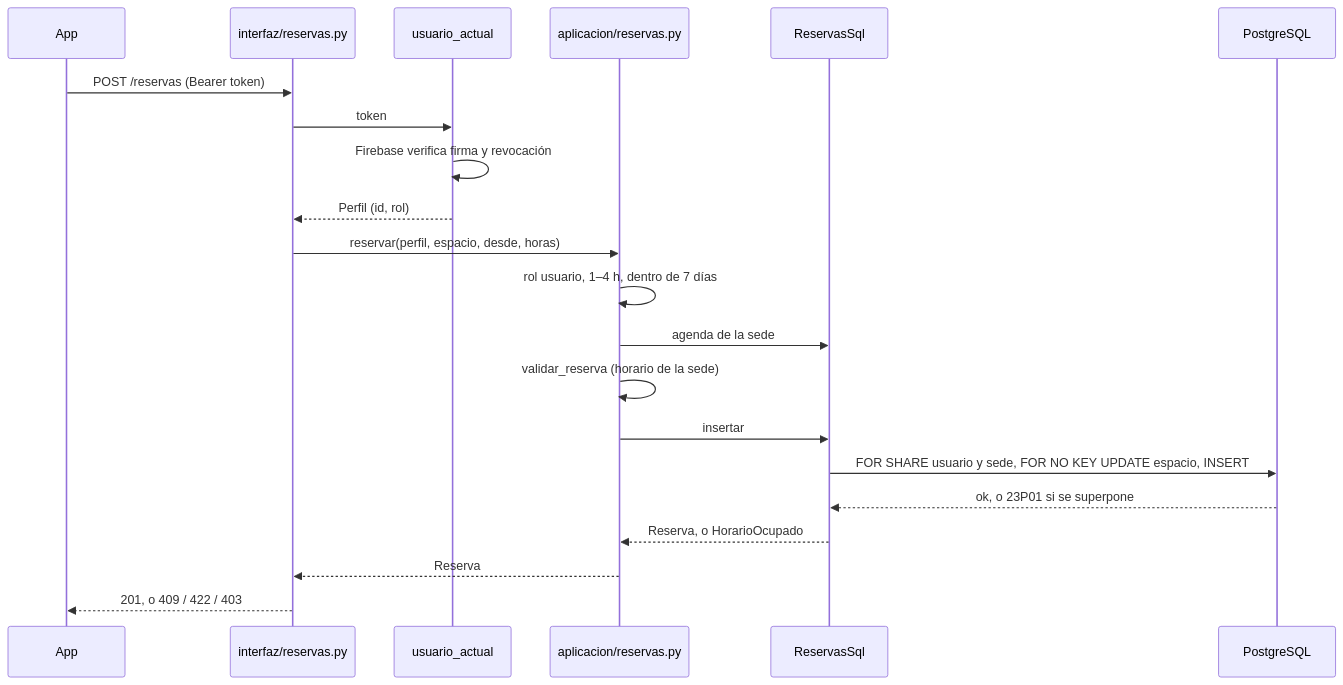
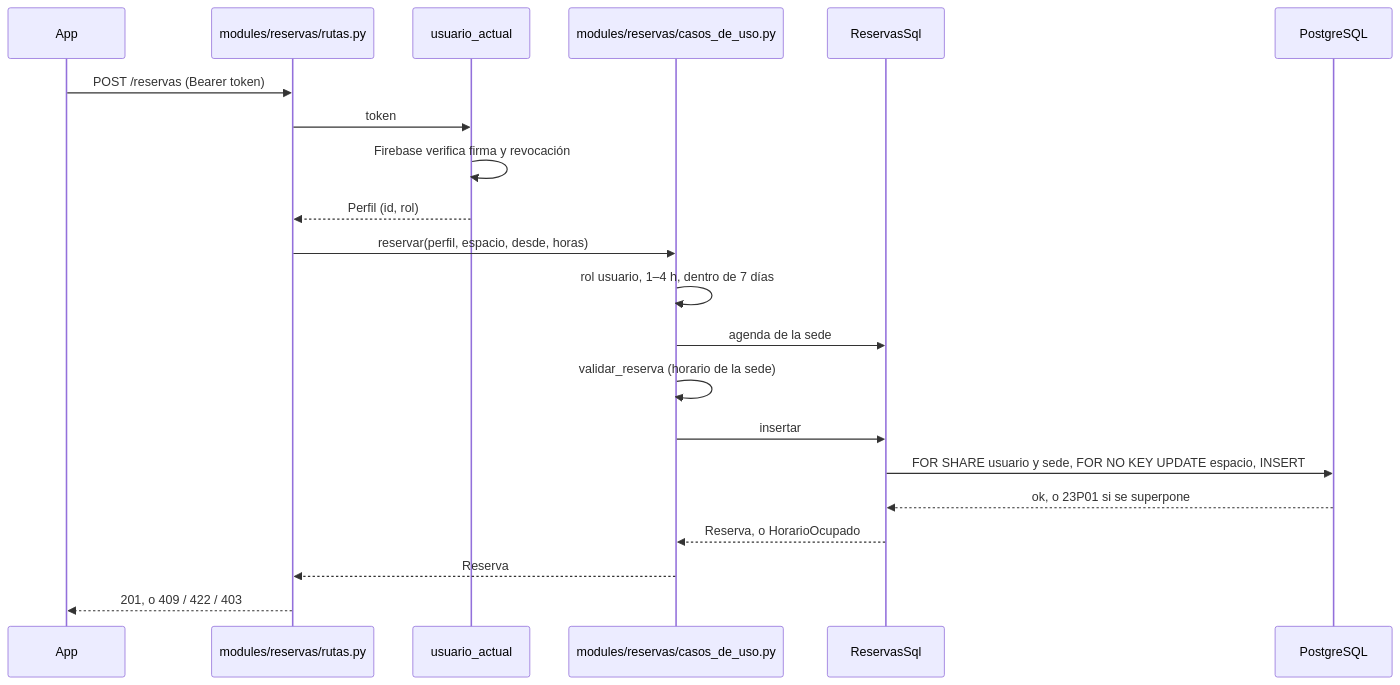
One commit to NahuelMosse/ClubNahuelMosse changed the third of 7 diagrams in docs/technical/arquitectura.md. Above: the diagram before and after it, drawn with Mermaid. The commit also changed other lines of this file and 6 other files, not shown here.

````diff
--- a/docs/technical/arquitectura.md
+++ b/docs/technical/arquitectura.md
@@ -100,23 +96,23 @@
 ```mermaid
 sequenceDiagram
   participant App
-  participant Ruta as interfaz/reservas.py
+  participant Ruta as modules/reservas/rutas.py
   participant Auth as usuario_actual
-  participant CU as aplicacion/reservas.py
+  participant CU as modules/reservas/casos_de_uso.py
   participant Repo as ReservasSql
   participant PG as PostgreSQL
   App->>Ruta: POST /reservas (Bearer token)
   Ruta->>Auth: token
   Auth->>Auth: Firebase verifica firma y revocación
   Auth-->>Ruta: Perfil (id, rol)
   Ruta->>CU: reservar(perfil, espacio, desde, horas)
   CU->>CU: rol usuario, 1–4 h, dentro de 7 días
   CU->>Repo: agenda de la sede
   CU->>CU: validar_reserva (horario de la sede)
   CU->>Repo: insertar
   Repo->>PG: FOR SHARE usuario y sede, FOR NO KEY UPDATE espacio, INSERT
   PG-->>Repo: ok, o 23P01 si se superpone
   Repo-->>CU: Reserva, o HorarioOcupado
   CU-->>Ruta: Reserva
   Ruta-->>App: 201, o 409 / 422 / 403
 ```
````
